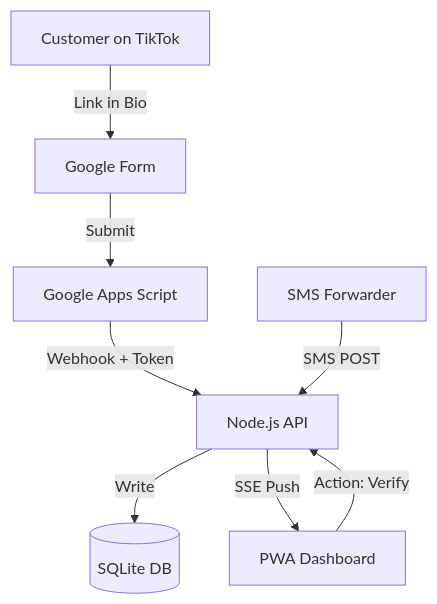
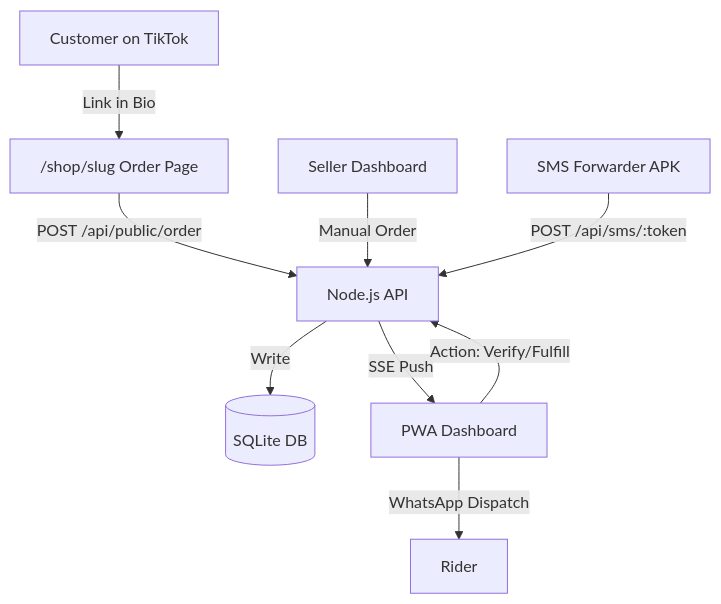
The diagram in docs/ARCHITECTURE_FLOW.md (softlogictest/livesoko-v2), drawn with Mermaid before and after one commit. The commit also changed other lines of this file and 26 other files, not shown here.

````diff
--- a/docs/ARCHITECTURE_FLOW.md
+++ b/docs/ARCHITECTURE_FLOW.md
@@ -25,10 +37,11 @@
 ```mermaid
 graph TD
-    A[Customer on TikTok] -->|Link in Bio| B[Google Form]
-    B -->|Submit| C[Google Apps Script]
-    C -->|Webhook + Token| D[Node.js API]
+    A[Customer on TikTok] -->|"Link in Bio"| B["/shop/slug" Order Page]
+    B -->|"POST /api/public/order"| D[Node.js API]
+    S[Seller Dashboard] -->|"Manual Order"| D
     D -->|Write| E[(SQLite DB)]
     D -->|SSE Push| F[PWA Dashboard]
-    F -->|Action: Verify| D
-    G[SMS Forwarder] -->|SMS POST| D
+    F -->|"Action: Verify/Fulfill"| D
+    G[SMS Forwarder APK] -->|"POST /api/sms/:token"| D
+    F -->|"WhatsApp Dispatch"| H[Rider]
 ```
````
